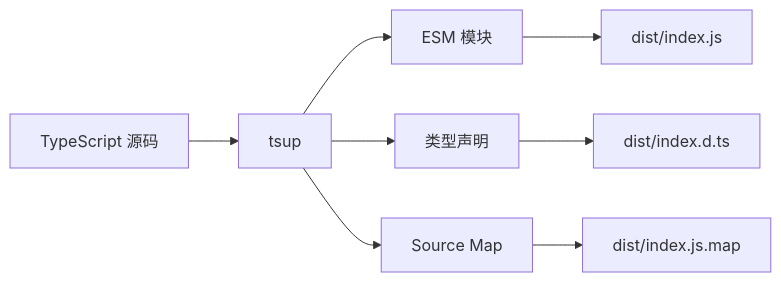
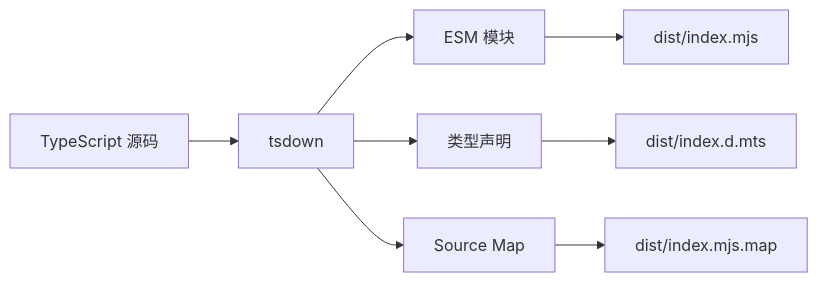
The second of 5 diagrams in docs/architecture.md (shenjingnan/ai-typescript-starter), drawn with Mermaid before and after one commit. The commit also changed other lines of this file and 6 other files, not shown here.

First line of the commit message:
docs: 清理项目中残留的 tsup 引用，统一替换为 tsdown (#39)

````diff
--- a/docs/architecture.md
+++ b/docs/architecture.md
@@ -109,10 +109,10 @@
 ```mermaid
 flowchart LR
-    A[TypeScript 源码] --> B[tsup]
+    A[TypeScript 源码] --> B[tsdown]
     B --> C[ESM 模块]
     B --> D[类型声明]
     B --> E[Source Map]
-    C --> F[dist/index.js]
-    D --> G[dist/index.d.ts]
-    E --> H[dist/index.js.map]
+    C --> F[dist/index.mjs]
+    D --> G[dist/index.d.mts]
+    E --> H[dist/index.mjs.map]
 ```
````
